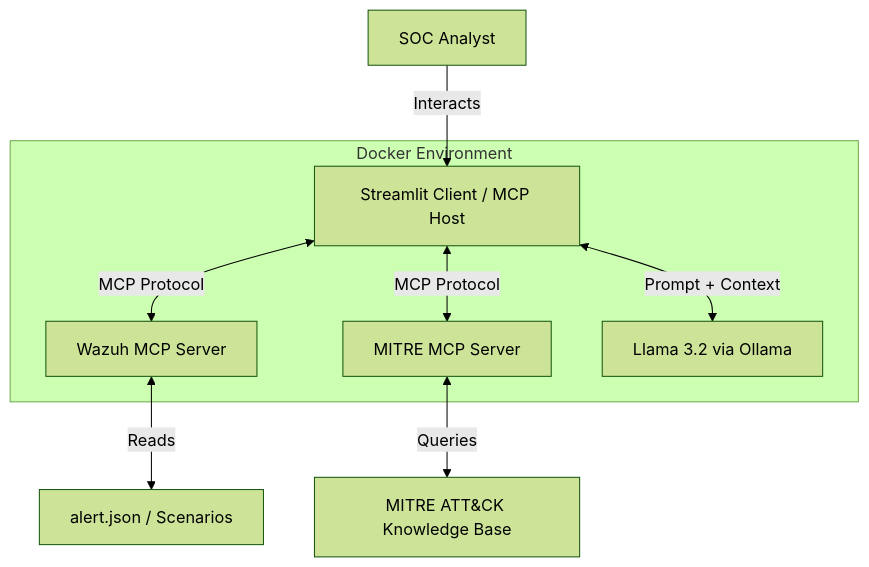
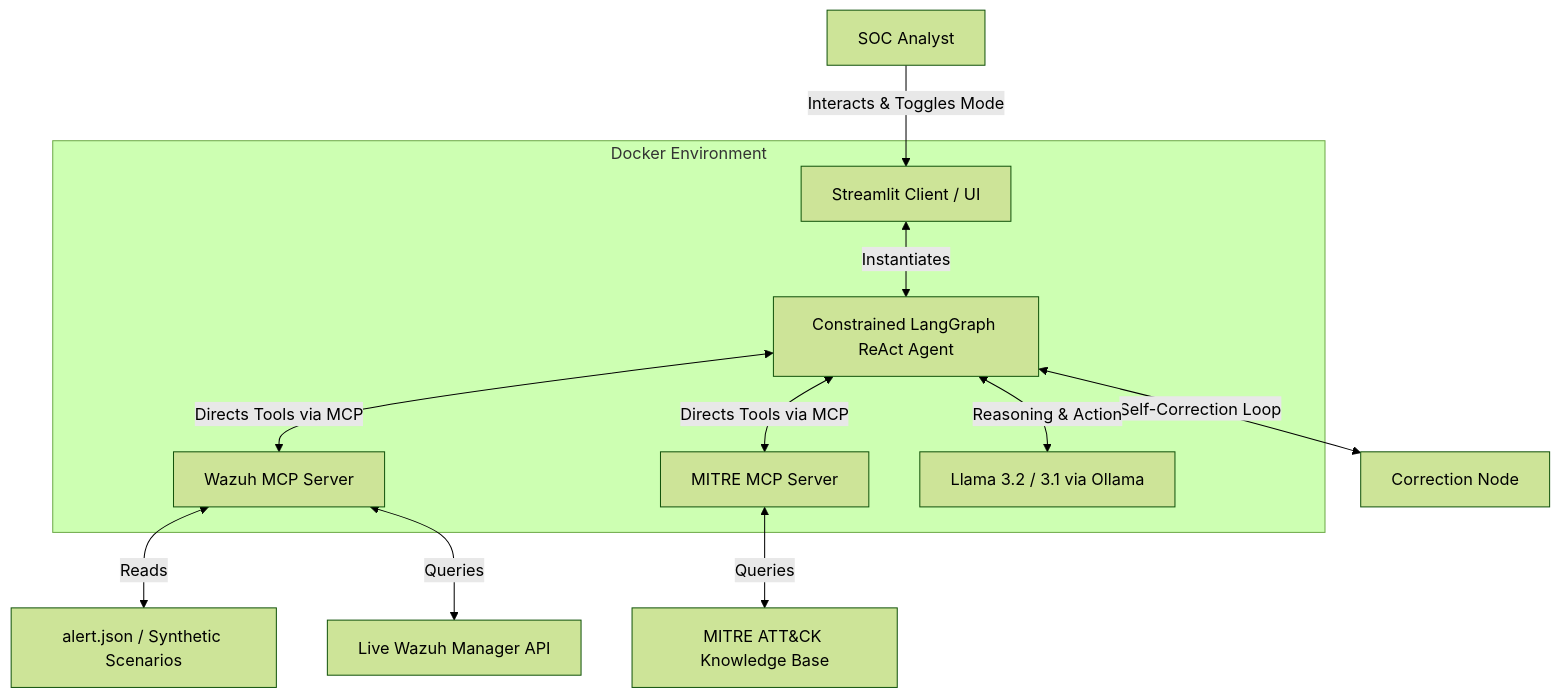
Before and after one commit to tabs11/GenAI-Enabled-SOCs-via-MCP-Integration: the diagram in readme.md, drawn with Mermaid (forest theme). The commit also changed other lines of this file and 128 other files, not shown here.

````diff
--- a/readme.md
+++ b/readme.md
@@ -47,16 +56,20 @@
 ```mermaid
 graph TD
-    User[SOC Analyst] -->|Interacts| Client[Streamlit Client / MCP Host]
-    Client <-->|MCP Protocol| Wazuh["Wazuh MCP Server"]
-    Client <-->|MCP Protocol| MITRE["MITRE MCP Server"]
-    Wazuh <-->|Reads| Alerts[alert.json / Scenarios]
+    User[SOC Analyst] -->|Interacts & Toggles Mode| Client[Streamlit Client / UI]
+    Client <-->|Instantiates| Agent[Constrained LangGraph ReAct Agent]
+    Agent <-->|Self-Correction Loop| Reflection[Correction Node]
+    Agent <-->|Directs Tools via MCP| Wazuh["Wazuh MCP Server"]
+    Agent <-->|Directs Tools via MCP| MITRE["MITRE MCP Server"]
+    Wazuh <-->|Reads| Alerts[alert.json / Synthetic Scenarios]
+    Wazuh <-->|Queries| WazuhManager[Live Wazuh Manager API]
     MITRE <-->|Queries| KB[MITRE ATT&CK Knowledge Base]
-    Client <-->|Prompt + Context| LLM["Llama 3.2 via Ollama"]
+    Agent <-->|Reasoning & Action| LLM["Llama 3.2 / 3.1 via Ollama"]
     
     subgraph Docker Environment
         Client
+        Agent
         LLM
         Wazuh
         MITRE
     end
 ```
````
